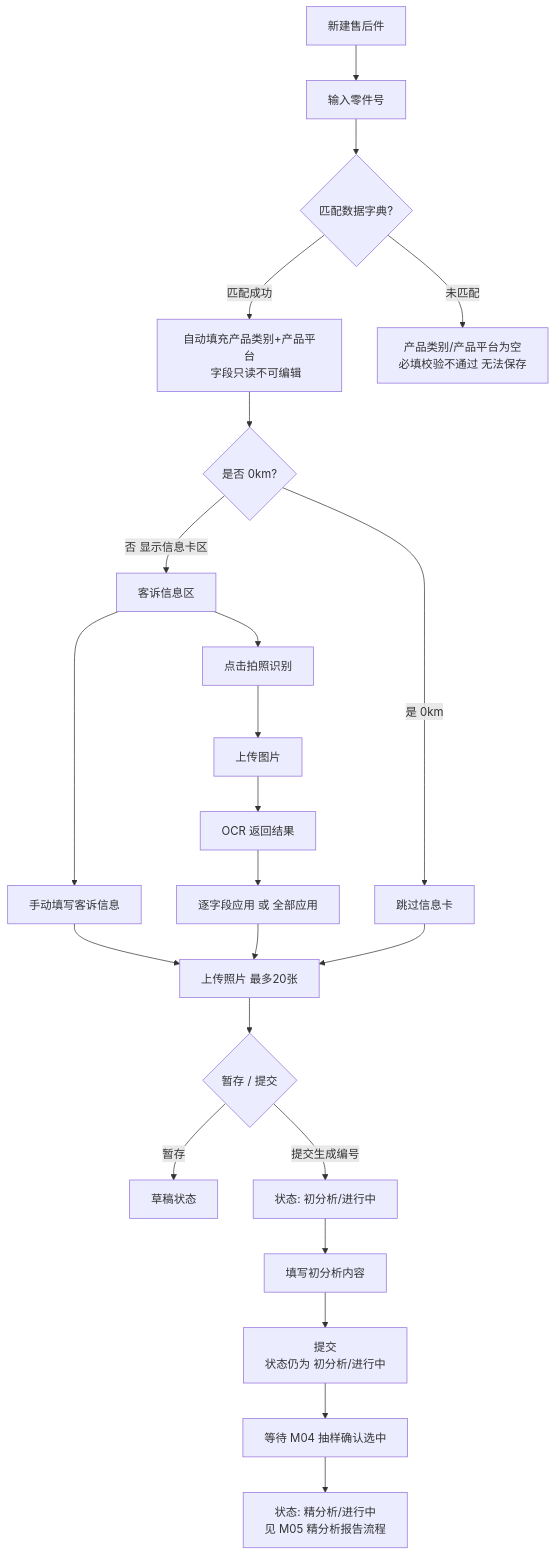
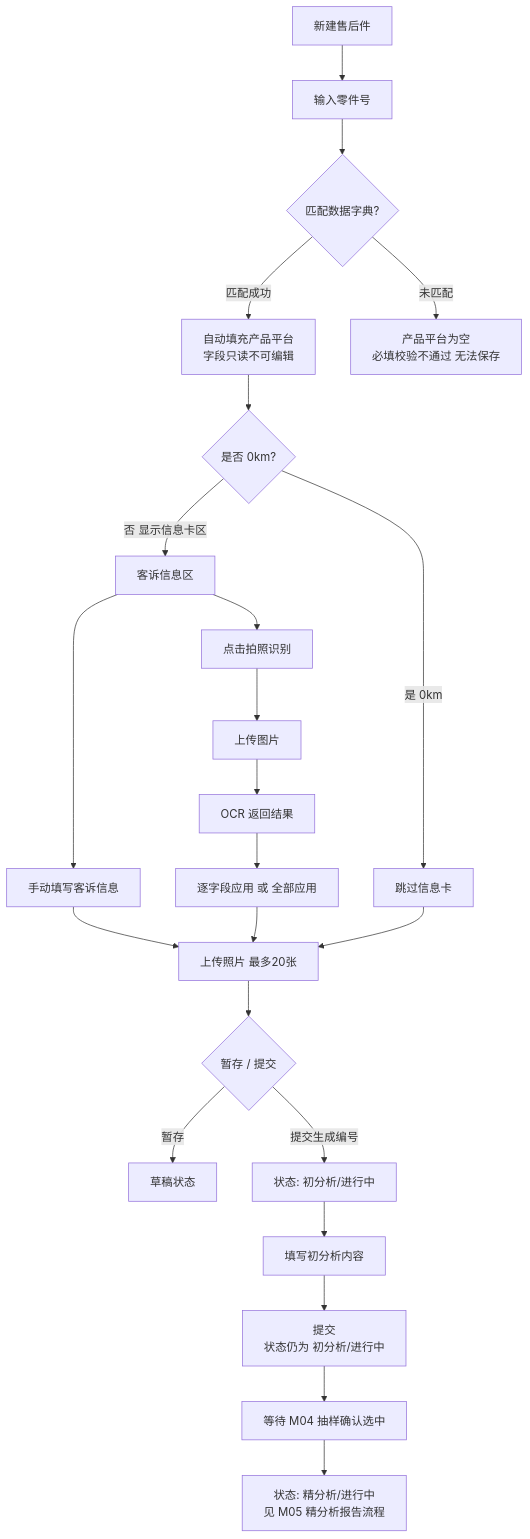
Before and after one commit to xvfeiran/wfam-doc: the sixth of 15 diagrams in 01-设计文档/开发设计文档.md, drawn with Mermaid. The commit also changed other lines of this file and 1 other file, not shown here.

````diff
--- a/01-设计文档/开发设计文档.md
+++ b/01-设计文档/开发设计文档.md
@@ -396,29 +396,29 @@
 ```mermaid
 flowchart TD
     Create[新建售后件] --> InputCode[输入零件号]
     InputCode --> Match{匹配数据字典?}
-    Match -->|匹配成功| AutoFill[自动填充产品类别+产品平台
+    Match -->|匹配成功| AutoFill[自动填充产品平台
     字段只读不可编辑]
-    Match -->|未匹配| Empty[产品类别/产品平台为空
+    Match -->|未匹配| Empty[产品平台为空
     必填校验不通过 无法保存]
     AutoFill --> Check{是否 0km?}
     Check -->|否 显示信息卡区| InfoCard[客诉信息区]
     Check -->|是 0km| Skip[跳过信息卡]
     InfoCard --> Manual[手动填写客诉信息]
     InfoCard --> OCR[点击拍照识别]
     OCR --> Upload[上传图片]
     Upload --> OCRResult[OCR 返回结果]
     OCRResult --> Apply[逐字段应用 或 全部应用]
     Manual --> Photos[上传照片 最多20张]
     Apply --> Photos
     Skip --> Photos
     Photos --> Submit{暂存 / 提交}
     Submit -->|暂存| Draft[草稿状态]
     Submit -->|提交生成编号| Pending[状态: 初分析/进行中]
     Pending --> InitialAnalysis[填写初分析内容]
     InitialAnalysis --> SubmitInitial[提交
     状态仍为 初分析/进行中]
     SubmitInitial --> WaitSampling[等待 M04 抽样确认选中]
     WaitSampling --> Detailed[状态: 精分析/进行中
     见 M05 精分析报告流程]
 ```
````
